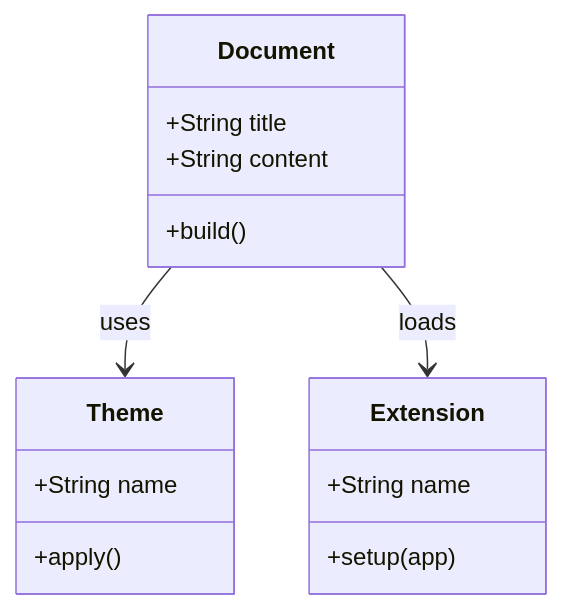
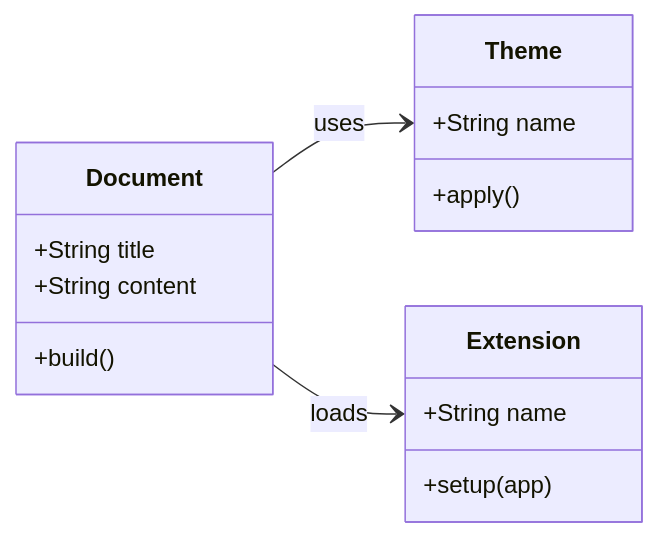
The sixth of 12 diagrams in docs/reference/diagrams.md (r4sky0/sphinx-lumina-theme), drawn with Mermaid before and after one commit. The commit also changed other lines of this file and 9 other files, not shown here.

Commit message:
feat(mermaid): refine diagram design and natural sizing (#150)

````diff
--- a/docs/reference/diagrams.md
+++ b/docs/reference/diagrams.md
@@ -136,18 +142,21 @@
 ```{mermaid}
 classDiagram
+    accTitle: Documentation building blocks
+    accDescr: A document uses a theme and loads extensions.
+    direction LR
     class Document {
         +String title
         +String content
         +build()
     }
     class Theme {
         +String name
         +apply()
     }
     class Extension {
         +String name
         +setup(app)
     }
     Document --> Theme : uses
     Document --> Extension : loads
 ```
````
